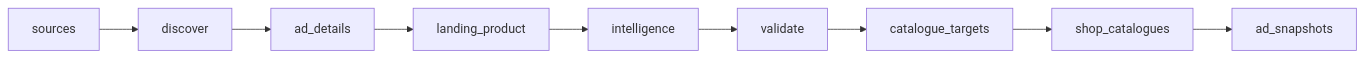
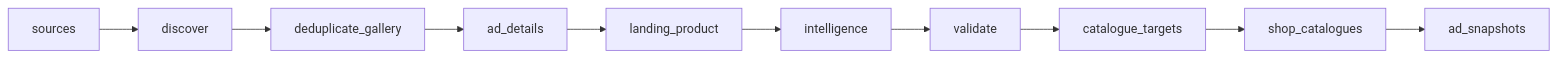
Before and after one commit to jsonifyco/public-datasets: the diagram in datasets/meta-tiktok-ad-intelligence-demo-357c0ad757e7/README.md, drawn with Mermaid. The commit also changed other lines of this file and 3 other files, not shown here.

````diff
--- a/datasets/meta-tiktok-ad-intelligence-demo-357c0ad757e7/README.md
+++ b/datasets/meta-tiktok-ad-intelligence-demo-357c0ad757e7/README.md
@@ -94,20 +98,22 @@
 ```mermaid
 flowchart LR
   n0["sources"]
   n1["discover"]
-  n2["ad#95;details"]
-  n3["landing#95;product"]
-  n4["intelligence"]
-  n5["validate"]
-  n6["catalogue#95;targets"]
-  n7["shop#95;catalogues"]
-  n8["ad#95;snapshots"]
+  n2["deduplicate#95;gallery"]
+  n3["ad#95;details"]
+  n4["landing#95;product"]
+  n5["intelligence"]
+  n6["validate"]
+  n7["catalogue#95;targets"]
+  n8["shop#95;catalogues"]
+  n9["ad#95;snapshots"]
   n0 --> n1
   n1 --> n2
   n2 --> n3
   n3 --> n4
   n4 --> n5
   n5 --> n6
   n6 --> n7
   n7 --> n8
+  n8 --> n9
 ```
````
